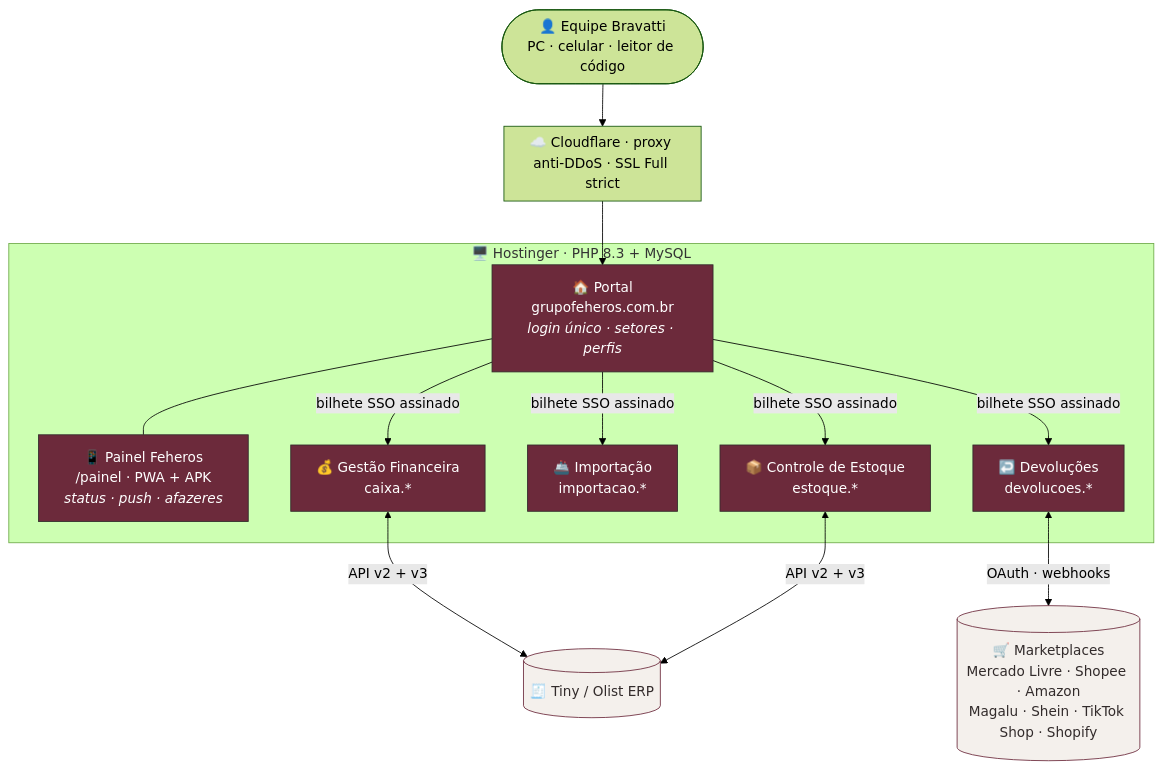
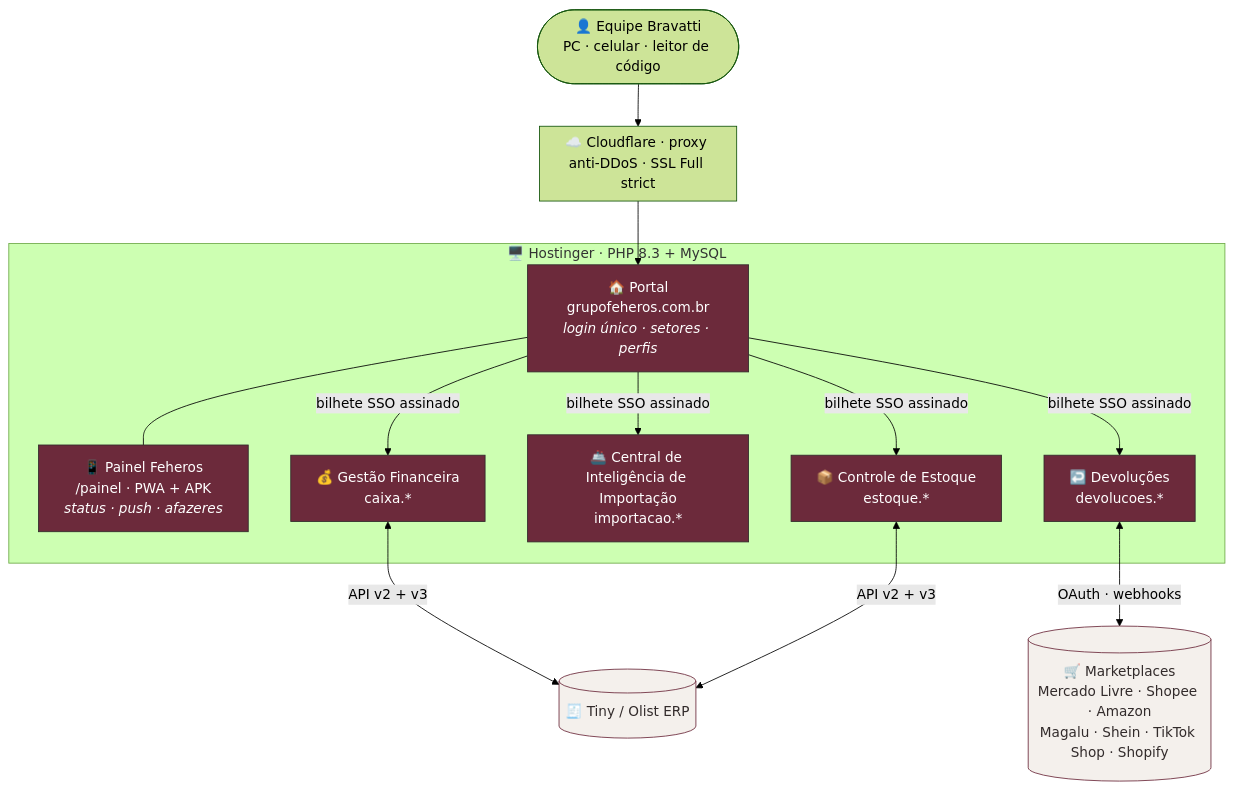
One commit to Grupo-Feheros/.github changed the first of 6 diagrams in profile/README.md. Above: the diagram before and after it, drawn with Mermaid (forest theme). The commit also changed other lines of this file, not shown here.

Commit message:
README: novo nome da Importação

````diff
--- a/profile/README.md
+++ b/profile/README.md
@@ -21,30 +21,30 @@
 ```mermaid
 flowchart TB
     U([👤 Equipe Bravatti<br/>PC · celular · leitor de código]) --> CF
 
     subgraph CF[☁️ Cloudflare · proxy anti-DDoS · SSL Full strict]
     end
 
     CF --> P
 
     subgraph H[🖥️ Hostinger · PHP 8.3 + MySQL]
         P[🏠 Portal<br/>grupofeheros.com.br<br/><i>login único · setores · perfis</i>]
         PN[📱 Painel Feheros<br/>/painel · PWA + APK<br/><i>status · push · afazeres</i>]
         GF[💰 Gestão Financeira<br/>caixa.*]
-        IM[🚢 Importação<br/>importacao.*]
+        IM[🚢 Central de Inteligência de Importação<br/>importacao.*]
         ES[📦 Controle de Estoque<br/>estoque.*]
         DV[↩️ Devoluções<br/>devolucoes.*]
     end
 
     P -- bilhete SSO assinado --> GF & IM & ES & DV
     P --- PN
 
     GF <-- API v2 + v3 --> TINY[(🧾 Tiny / Olist ERP)]
     ES <-- API v2 + v3 --> TINY
     DV <-- OAuth · webhooks --> MK[(🛒 Marketplaces<br/>Mercado Livre · Shopee · Amazon<br/>Magalu · Shein · TikTok Shop · Shopify)]
 
     classDef sis fill:#6c2a3b,color:#fff,stroke:#322b2b
     classDef ext fill:#f4f0ec,color:#322b2b,stroke:#6c2a3b
     class P,PN,GF,IM,ES,DV sis
     class TINY,MK ext
 ```
````
